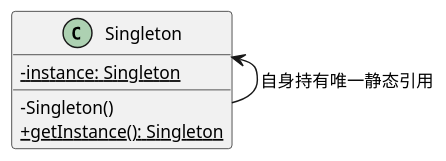
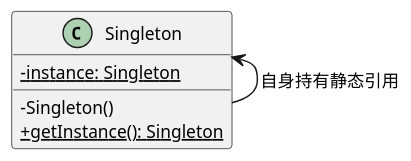
Before and after one commit to cpsa3/software-designer-fast-pass: the sixth of 20 diagrams in 02-visual-diagrams/03-设计模式核心图谱与真题命题密码.md, drawn with PlantUML. The commit also changed other lines of this file, not shown here.

````diff
--- a/02-visual-diagrams/03-设计模式核心图谱与真题命题密码.md
+++ b/02-visual-diagrams/03-设计模式核心图谱与真题命题密码.md
@@ -399,16 +287,16 @@
 ```plantuml
 @startuml
 !pragma layout smetana
 skinparam dpi 125
 skinparam defaultFontSize 12
 skinparam classAttributeIconSize 0
 
 class Singleton {
     - {static} instance: Singleton
     - Singleton()
     + {static} getInstance(): Singleton
 }
 
-Singleton <-- Singleton : 自身持有唯一静态引用
+Singleton <-- Singleton : 自身持有静态引用
 @enduml
 ```
````
